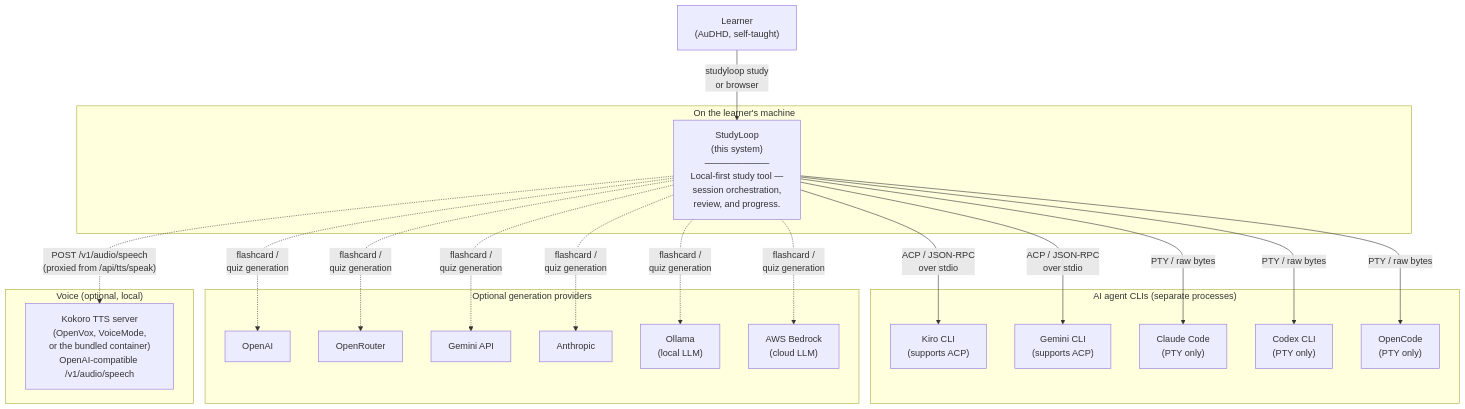
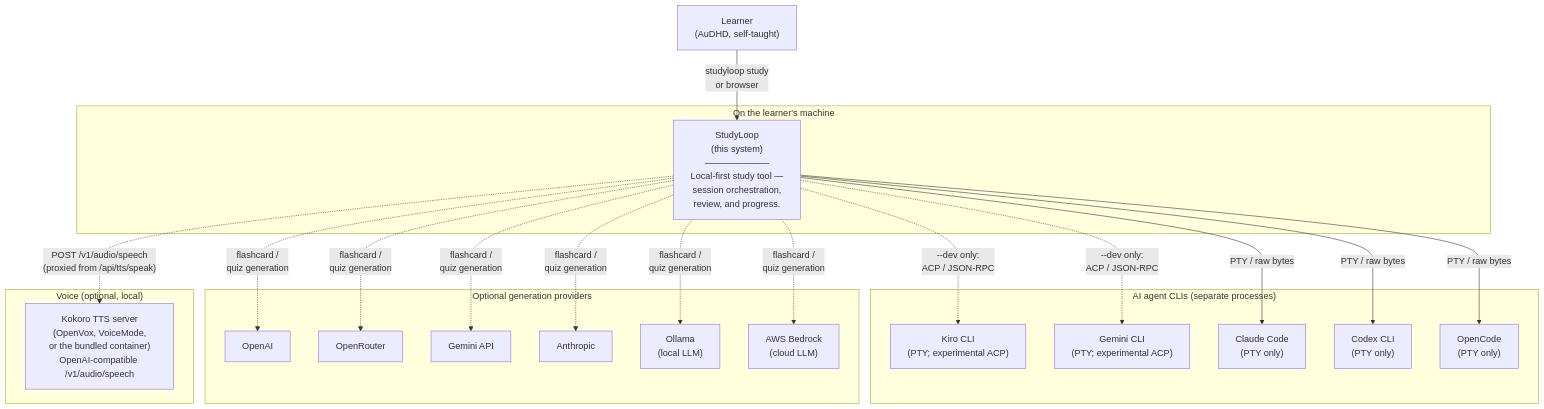
One commit to NetDevAutomate/StudyLoop changed the first of 13 diagrams in docs/architecture/current.md. Above: the diagram before and after it, drawn with Mermaid. The commit also changed other lines of this file and 31 other files, not shown here.

Commit message:
Gate ACP behind dev mode and verify PTY harnesses

````diff
--- a/docs/architecture/current.md
+++ b/docs/architecture/current.md
@@ -17,43 +17,43 @@
 ```mermaid
 flowchart TB
     Learner["Learner<br/>(AuDHD, self-taught)"]
 
     subgraph "On the learner's machine"
       StudyLoop["StudyLoop<br/>(this system)<br/>──────────<br/>Local-first study tool —<br/>session orchestration,<br/>review, and progress."]
     end
 
     subgraph "AI agent CLIs (separate processes)"
-      Kiro["Kiro CLI<br/>(supports ACP)"]
-      Gemini["Gemini CLI<br/>(supports ACP)"]
+      Kiro["Kiro CLI<br/>(PTY; experimental ACP)"]
+      Gemini["Gemini CLI<br/>(PTY; experimental ACP)"]
       Claude["Claude Code<br/>(PTY only)"]
       Codex["Codex CLI<br/>(PTY only)"]
       OpenCode["OpenCode<br/>(PTY only)"]
     end
 
     subgraph "Optional generation providers"
       OpenAI["OpenAI"]
       OpenRouter["OpenRouter"]
       GeminiAPI["Gemini API"]
       Anthropic["Anthropic"]
       Ollama["Ollama<br/>(local LLM)"]
       Bedrock["AWS Bedrock<br/>(cloud LLM)"]
     end
 
     subgraph "Voice (optional, local)"
       Kokoro["Kokoro TTS server<br/>(OpenVox, VoiceMode,<br/>or the bundled container)<br/>OpenAI-compatible /v1/audio/speech"]
     end
 
     Learner -->|"studyloop study<br/>or browser"| StudyLoop
-    StudyLoop -->|"ACP / JSON-RPC<br/>over stdio"| Kiro
-    StudyLoop -->|"ACP / JSON-RPC<br/>over stdio"| Gemini
+    StudyLoop -.->|"--dev only:<br/>ACP / JSON-RPC"| Kiro
+    StudyLoop -.->|"--dev only:<br/>ACP / JSON-RPC"| Gemini
     StudyLoop -->|"PTY / raw bytes"| Claude
     StudyLoop -->|"PTY / raw bytes"| Codex
     StudyLoop -->|"PTY / raw bytes"| OpenCode
     StudyLoop -.->|"flashcard /<br/>quiz generation"| OpenAI
     StudyLoop -.->|"flashcard /<br/>quiz generation"| OpenRouter
     StudyLoop -.->|"flashcard /<br/>quiz generation"| GeminiAPI
     StudyLoop -.->|"flashcard /<br/>quiz generation"| Anthropic
     StudyLoop -.->|"flashcard /<br/>quiz generation"| Ollama
     StudyLoop -.->|"flashcard /<br/>quiz generation"| Bedrock
     StudyLoop -.->|"POST /v1/audio/speech<br/>(proxied from /api/tts/speak)"| Kokoro
 ```
````
